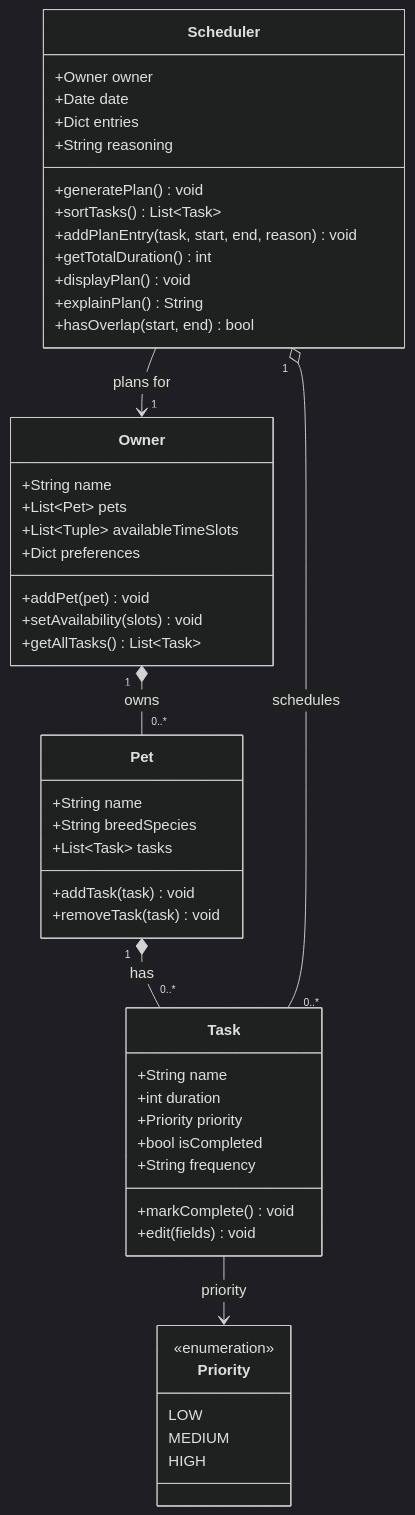
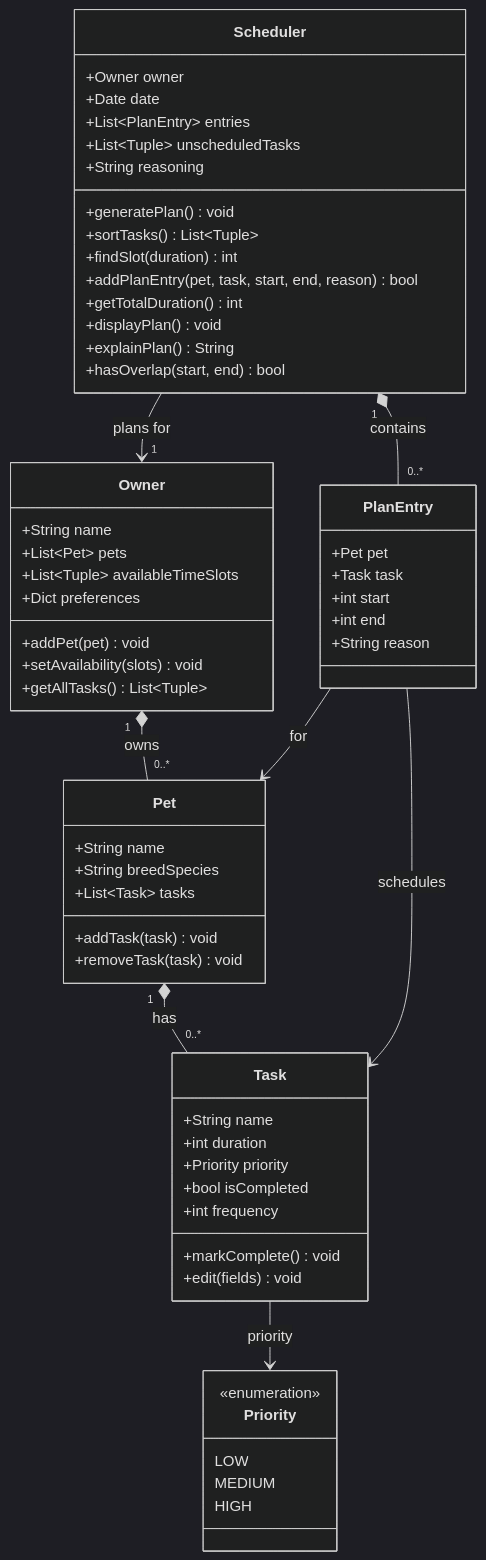
The diagram in diagrams/uml_draft.mmd (Kaila141/ai110-module2show-pawpal-starter), drawn with Mermaid (dark theme) before and after one commit. The commit also changed 2 other files, not shown here.

Commit message:
updated uml design and code skeleton, as well as wrote reflection for section 1

```diff
--- a/diagrams/uml_draft.mmd
+++ b/diagrams/uml_draft.mmd
@@ -1,57 +1,71 @@
 classDiagram
-    %% availableTimeSlots: list of (start, end) time tuples
-    %% Scheduler.entries: dict of task -> (start time, end time, reason)
+    %% All times are ints: minutes since midnight (8:00 AM = 480)
+    %% availableTimeSlots: list of (start, end) tuples
+    %% getAllTasks / unscheduledTasks: list of (Pet, Task) tuples
+    %% Task.frequency: times per day, entered by the owner
     class Owner {
         +String name
         +List~Pet~ pets
         +List~Tuple~ availableTimeSlots
         +Dict preferences
         +addPet(pet) void
         +setAvailability(slots) void
-        +getAllTasks() List~Task~
+        +getAllTasks() List~Tuple~
     }
 
     class Pet {
         +String name
         +String breedSpecies
         +List~Task~ tasks
         +addTask(task) void
         +removeTask(task) void
     }
 
     class Task {
         +String name
         +int duration
         +Priority priority
         +bool isCompleted
-        +String frequency
+        +int frequency
         +markComplete() void
         +edit(fields) void
     }
 
     class Priority {
         <<enumeration>>
         LOW
         MEDIUM
         HIGH
     }
 
+    class PlanEntry {
+        +Pet pet
+        +Task task
+        +int start
+        +int end
+        +String reason
+    }
+
     class Scheduler {
         +Owner owner
         +Date date
-        +Dict entries
+        +List~PlanEntry~ entries
+        +List~Tuple~ unscheduledTasks
         +String reasoning
         +generatePlan() void
-        +sortTasks() List~Task~
-        +addPlanEntry(task, start, end, reason) void
+        +sortTasks() List~Tuple~
+        +findSlot(duration) int
+        +addPlanEntry(pet, task, start, end, reason) bool
         +getTotalDuration() int
         +displayPlan() void
         +explainPlan() String
         +hasOverlap(start, end) bool
     }
 
     Owner "1" *-- "0..*" Pet : owns
     Pet "1" *-- "0..*" Task : has
     Task --> Priority : priority
-    Scheduler "1" o-- "0..*" Task : schedules
+    Scheduler "1" *-- "0..*" PlanEntry : contains
+    PlanEntry --> Pet : for
+    PlanEntry --> Task : schedules
     Scheduler --> "1" Owner : plans for
```
